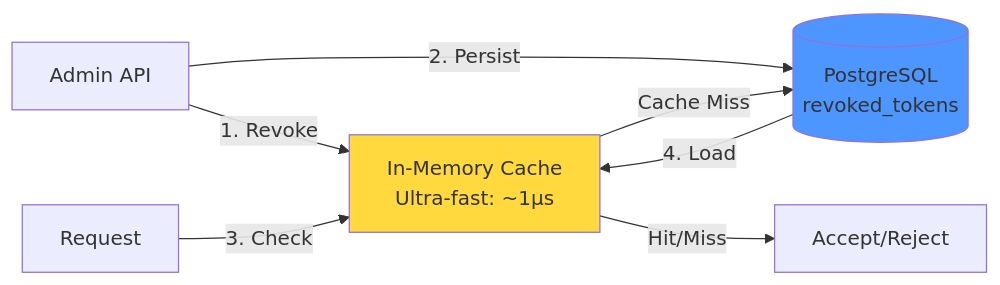
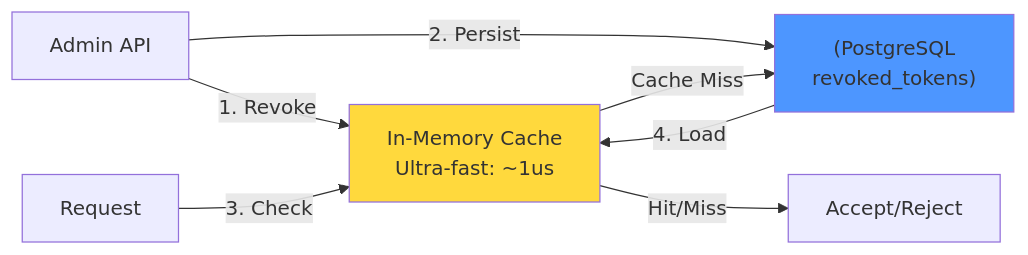
Before and after one commit to jaafar-benabderrazak/ca_a2a: the fifth of 14 diagrams in A2A_SECURITY_ARCHITECTURE.md, drawn with Mermaid. The commit also changed other lines of this file, not shown here.

First line of the commit message:
Fix Mermaid diagrams for GitHub compatibility

````diff
--- a/A2A_SECURITY_ARCHITECTURE.md
+++ b/A2A_SECURITY_ARCHITECTURE.md
@@ -387,13 +387,13 @@
 ```mermaid
 graph LR
-    Admin[Admin API] -->|1. Revoke| Cache[In-Memory Cache<br/>Ultra-fast: ~1μs]
-    Admin -->|2. Persist| DB[(PostgreSQL<br/>revoked_tokens)]
+    Admin[Admin API] -->|1. Revoke| Cache["In-Memory Cache<br/>Ultra-fast: ~1us"]
+    Admin -->|2. Persist| DB["(PostgreSQL<br/>revoked_tokens)"]
     
     Request[Request] -->|3. Check| Cache
     Cache -->|Cache Miss| DB
     DB -->|4. Load| Cache
     Cache -->|Hit/Miss| Response[Accept/Reject]
     
     style Cache fill:#ffd93d
     style DB fill:#4d96ff
 ```
````
